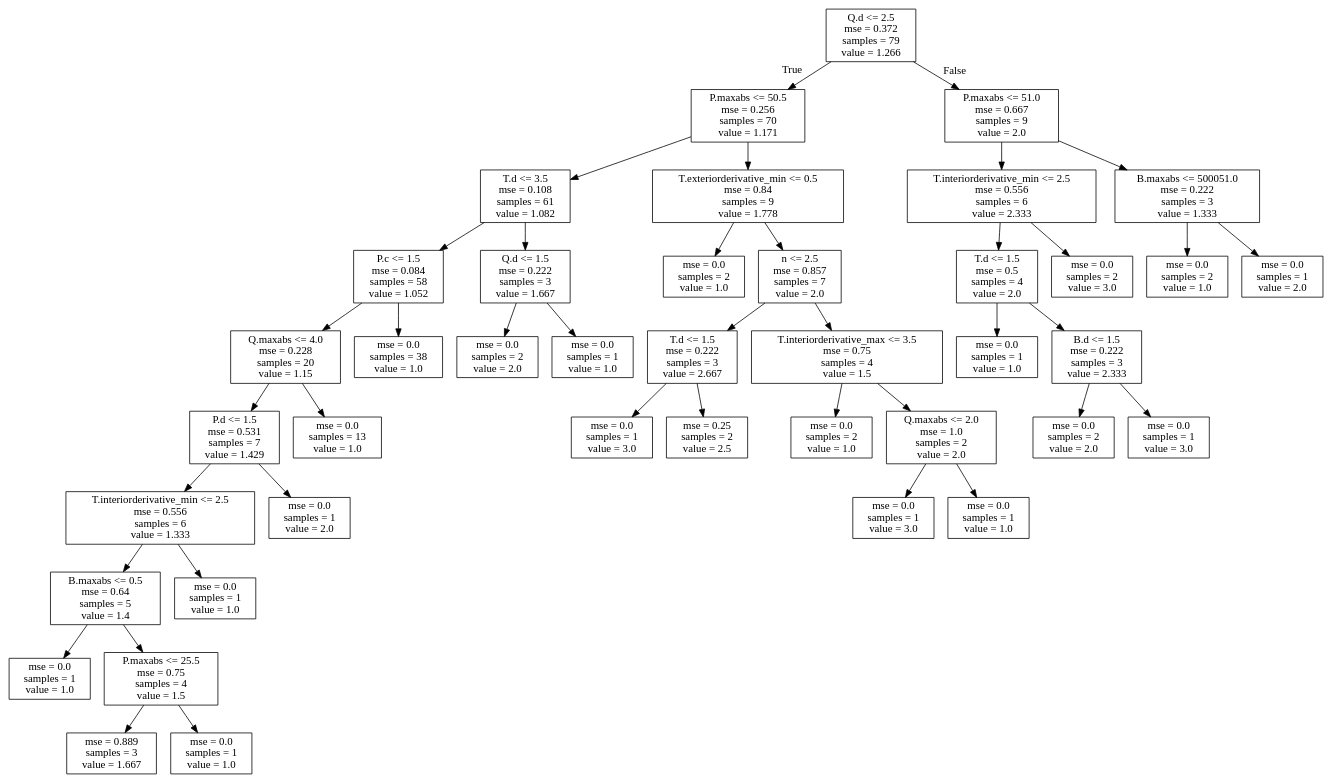
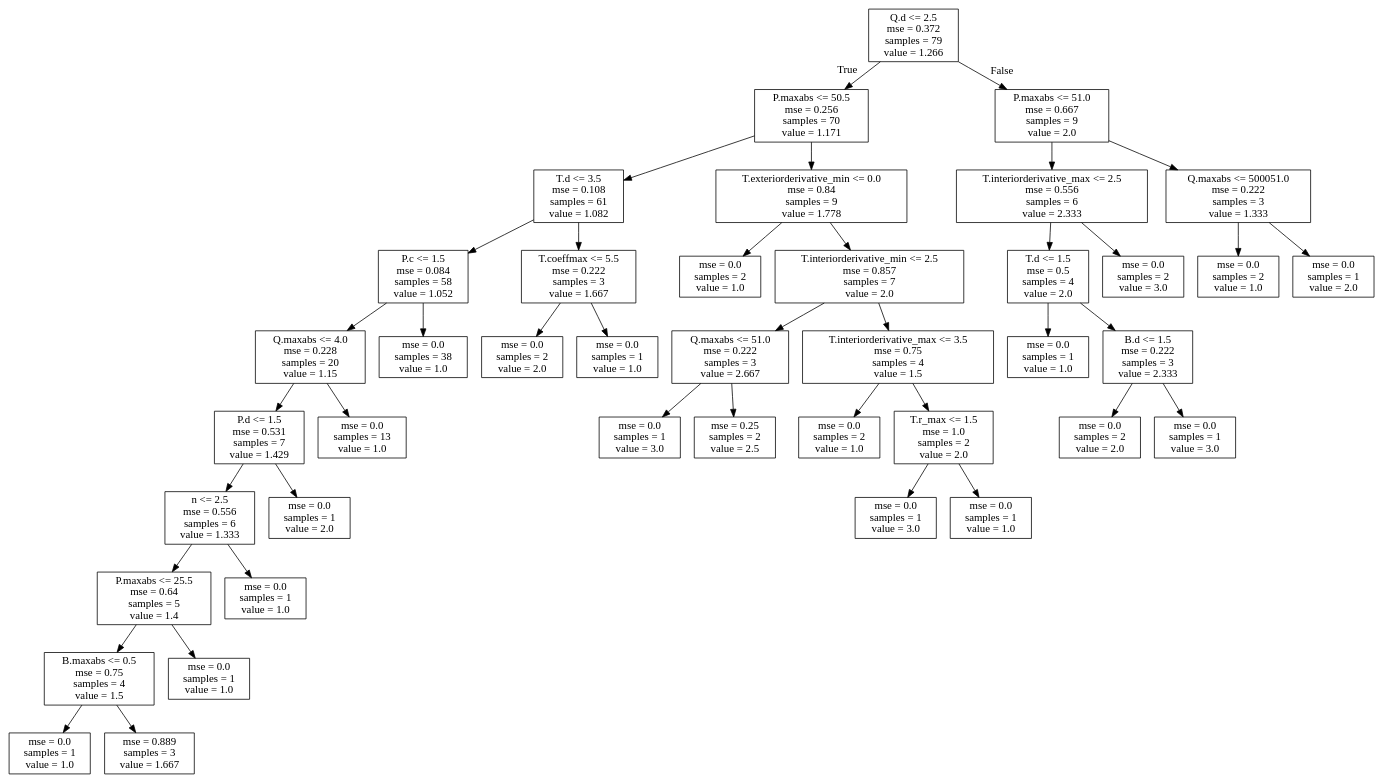
Before and after one commit to Ashish720-alt/InvariantAutomation: the diagram in src/d_tree.dot, drawn with Graphviz. The commit also changed 48 other files, not shown here.

```diff
--- a/src/d_tree.dot
+++ b/src/d_tree.dot
@@ -1,84 +1,84 @@
 digraph Tree {
 node [shape=box] ;
 0 [label="Q.d <= 2.5\nmse = 0.372\nsamples = 79\nvalue = 1.266"] ;
 1 [label="P.maxabs <= 50.5\nmse = 0.256\nsamples = 70\nvalue = 1.171"] ;
 0 -> 1 [labeldistance=2.5, labelangle=45, headlabel="True"] ;
 2 [label="T.d <= 3.5\nmse = 0.108\nsamples = 61\nvalue = 1.082"] ;
 1 -> 2 ;
 3 [label="P.c <= 1.5\nmse = 0.084\nsamples = 58\nvalue = 1.052"] ;
 2 -> 3 ;
 4 [label="Q.maxabs <= 4.0\nmse = 0.228\nsamples = 20\nvalue = 1.15"] ;
 3 -> 4 ;
 5 [label="P.d <= 1.5\nmse = 0.531\nsamples = 7\nvalue = 1.429"] ;
 4 -> 5 ;
-6 [label="T.interiorderivative_min <= 2.5\nmse = 0.556\nsamples = 6\nvalue = 1.333"] ;
+6 [label="n <= 2.5\nmse = 0.556\nsamples = 6\nvalue = 1.333"] ;
 5 -> 6 ;
-7 [label="B.maxabs <= 0.5\nmse = 0.64\nsamples = 5\nvalue = 1.4"] ;
+7 [label="P.maxabs <= 25.5\nmse = 0.64\nsamples = 5\nvalue = 1.4"] ;
 6 -> 7 ;
-8 [label="mse = 0.0\nsamples = 1\nvalue = 1.0"] ;
+8 [label="B.maxabs <= 0.5\nmse = 0.75\nsamples = 4\nvalue = 1.5"] ;
 7 -> 8 ;
-9 [label="P.maxabs <= 25.5\nmse = 0.75\nsamples = 4\nvalue = 1.5"] ;
-7 -> 9 ;
+9 [label="mse = 0.0\nsamples = 1\nvalue = 1.0"] ;
+8 -> 9 ;
 10 [label="mse = 0.889\nsamples = 3\nvalue = 1.667"] ;
-9 -> 10 ;
+8 -> 10 ;
 11 [label="mse = 0.0\nsamples = 1\nvalue = 1.0"] ;
-9 -> 11 ;
+7 -> 11 ;
 12 [label="mse = 0.0\nsamples = 1\nvalue = 1.0"] ;
 6 -> 12 ;
 13 [label="mse = 0.0\nsamples = 1\nvalue = 2.0"] ;
 5 -> 13 ;
 14 [label="mse = 0.0\nsamples = 13\nvalue = 1.0"] ;
 4 -> 14 ;
 15 [label="mse = 0.0\nsamples = 38\nvalue = 1.0"] ;
 3 -> 15 ;
-16 [label="Q.d <= 1.5\nmse = 0.222\nsamples = 3\nvalue = 1.667"] ;
+16 [label="T.coeffmax <= 5.5\nmse = 0.222\nsamples = 3\nvalue = 1.667"] ;
 2 -> 16 ;
 17 [label="mse = 0.0\nsamples = 2\nvalue = 2.0"] ;
 16 -> 17 ;
 18 [label="mse = 0.0\nsamples = 1\nvalue = 1.0"] ;
 16 -> 18 ;
-19 [label="T.exteriorderivative_min <= 0.5\nmse = 0.84\nsamples = 9\nvalue = 1.778"] ;
+19 [label="T.exteriorderivative_min <= 0.0\nmse = 0.84\nsamples = 9\nvalue = 1.778"] ;
 1 -> 19 ;
 20 [label="mse = 0.0\nsamples = 2\nvalue = 1.0"] ;
 19 -> 20 ;
-21 [label="n <= 2.5\nmse = 0.857\nsamples = 7\nvalue = 2.0"] ;
+21 [label="T.interiorderivative_min <= 2.5\nmse = 0.857\nsamples = 7\nvalue = 2.0"] ;
 19 -> 21 ;
-22 [label="T.d <= 1.5\nmse = 0.222\nsamples = 3\nvalue = 2.667"] ;
+22 [label="Q.maxabs <= 51.0\nmse = 0.222\nsamples = 3\nvalue = 2.667"] ;
 21 -> 22 ;
 23 [label="mse = 0.0\nsamples = 1\nvalue = 3.0"] ;
 22 -> 23 ;
 24 [label="mse = 0.25\nsamples = 2\nvalue = 2.5"] ;
 22 -> 24 ;
 25 [label="T.interiorderivative_max <= 3.5\nmse = 0.75\nsamples = 4\nvalue = 1.5"] ;
 21 -> 25 ;
 26 [label="mse = 0.0\nsamples = 2\nvalue = 1.0"] ;
 25 -> 26 ;
-27 [label="Q.maxabs <= 2.0\nmse = 1.0\nsamples = 2\nvalue = 2.0"] ;
+27 [label="T.r_max <= 1.5\nmse = 1.0\nsamples = 2\nvalue = 2.0"] ;
 25 -> 27 ;
 28 [label="mse = 0.0\nsamples = 1\nvalue = 3.0"] ;
 27 -> 28 ;
 29 [label="mse = 0.0\nsamples = 1\nvalue = 1.0"] ;
 27 -> 29 ;
 30 [label="P.maxabs <= 51.0\nmse = 0.667\nsamples = 9\nvalue = 2.0"] ;
 0 -> 30 [labeldistance=2.5, labelangle=-45, headlabel="False"] ;
-31 [label="T.interiorderivative_min <= 2.5\nmse = 0.556\nsamples = 6\nvalue = 2.333"] ;
+31 [label="T.interiorderivative_max <= 2.5\nmse = 0.556\nsamples = 6\nvalue = 2.333"] ;
 30 -> 31 ;
 32 [label="T.d <= 1.5\nmse = 0.5\nsamples = 4\nvalue = 2.0"] ;
 31 -> 32 ;
 33 [label="mse = 0.0\nsamples = 1\nvalue = 1.0"] ;
 32 -> 33 ;
 34 [label="B.d <= 1.5\nmse = 0.222\nsamples = 3\nvalue = 2.333"] ;
 32 -> 34 ;
 35 [label="mse = 0.0\nsamples = 2\nvalue = 2.0"] ;
 34 -> 35 ;
 36 [label="mse = 0.0\nsamples = 1\nvalue = 3.0"] ;
 34 -> 36 ;
 37 [label="mse = 0.0\nsamples = 2\nvalue = 3.0"] ;
 31 -> 37 ;
-38 [label="B.maxabs <= 500051.0\nmse = 0.222\nsamples = 3\nvalue = 1.333"] ;
+38 [label="Q.maxabs <= 500051.0\nmse = 0.222\nsamples = 3\nvalue = 1.333"] ;
 30 -> 38 ;
 39 [label="mse = 0.0\nsamples = 2\nvalue = 1.0"] ;
 38 -> 39 ;
 40 [label="mse = 0.0\nsamples = 1\nvalue = 2.0"] ;
 38 -> 40 ;
 }
```
